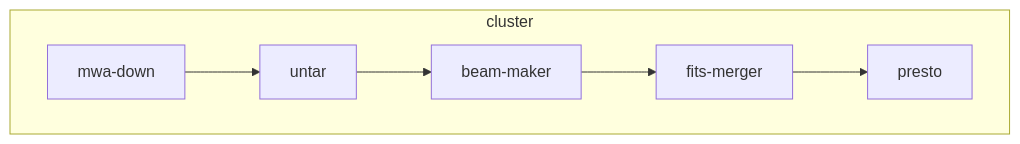
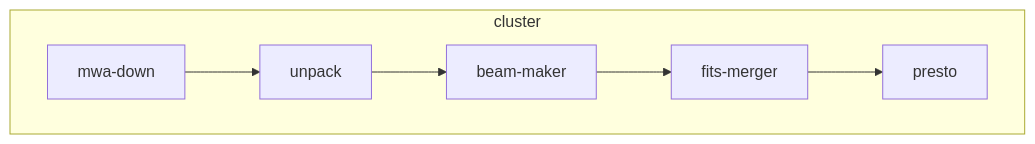
Before and after one commit to kaichao/app-mwa: the first of 4 diagrams in README.md, drawn with Mermaid. The commit also changed other lines of this file and 16 other files, not shown here.

Commit message:
add dcu-local-mode, and rename untar to unpack.

````diff
--- a/README.md
+++ b/README.md
@@ -8,9 +8,9 @@
 ```mermaid
 flowchart TD
   subgraph cluster
-    mwa-down --> untar
-    untar --> beam-maker
+    mwa-down --> unpack
+    unpack --> beam-maker
     beam-maker --> fits-merger
     fits-merger --> presto
   end
 ```
````
